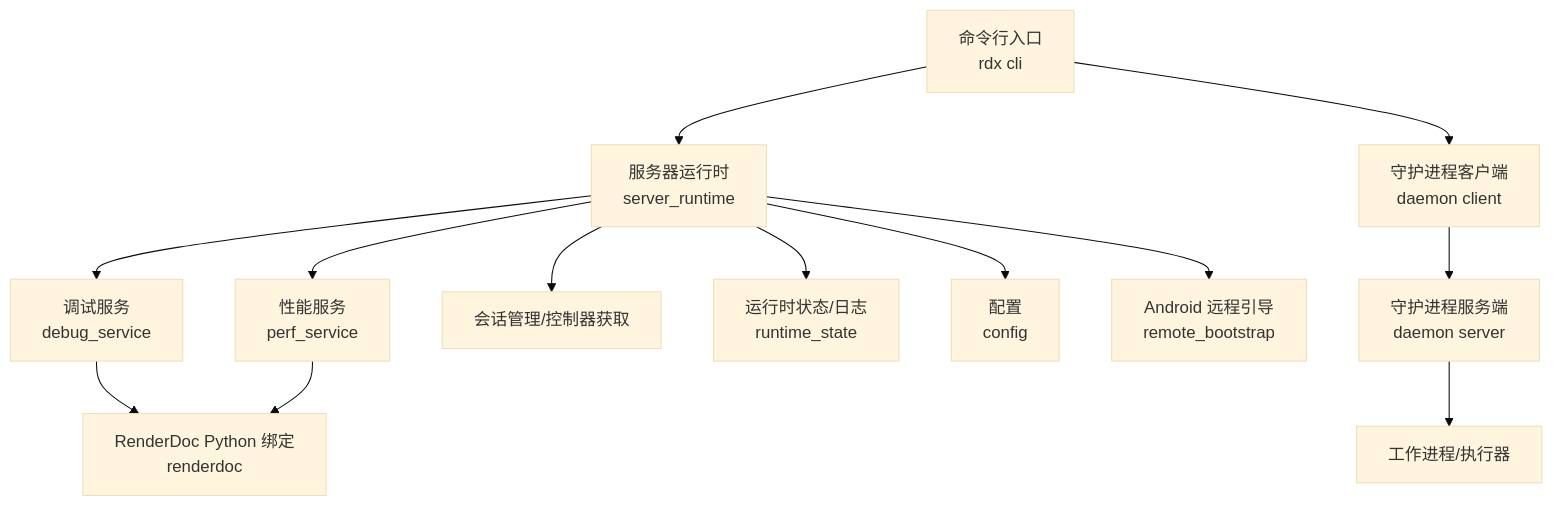
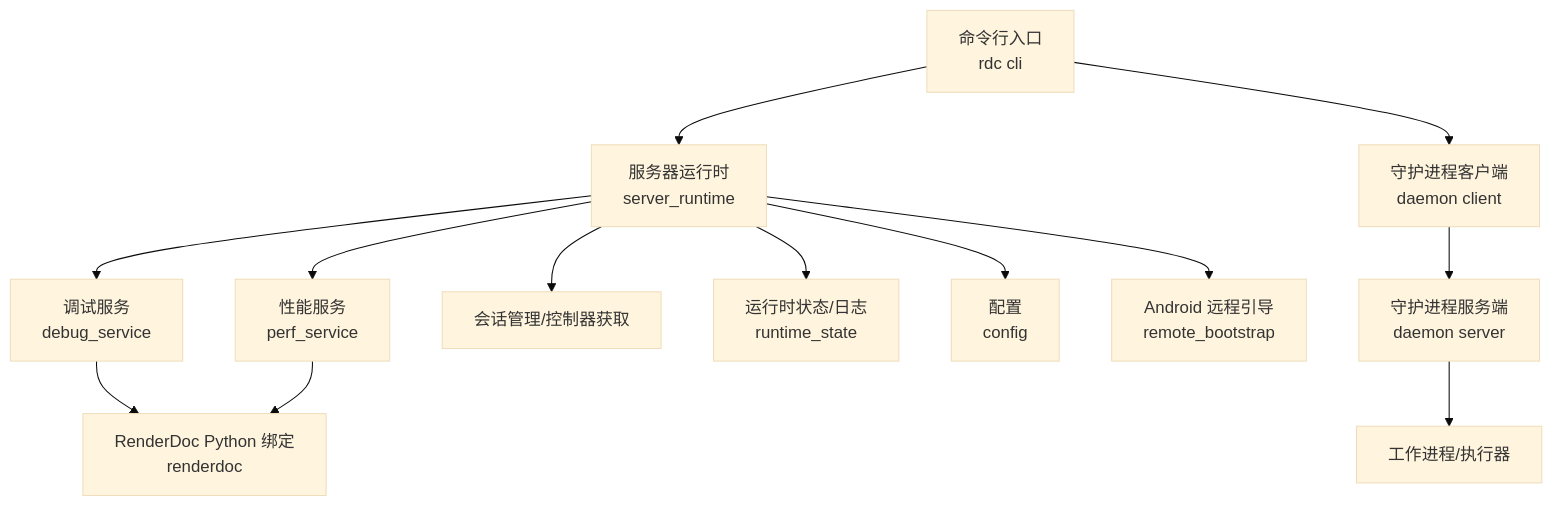
Before and after one commit to haolange/RDC-Tool: the first of 6 diagrams in .qoder/repowiki/zh/content/开发指南/调试指南.md, drawn with Mermaid (base theme). The commit also changed other lines of this file and 388 other files, not shown here.

````diff
--- a/.qoder/repowiki/zh/content/开发指南/调试指南.md
+++ b/.qoder/repowiki/zh/content/开发指南/调试指南.md
@@ -35,15 +35,15 @@
 ```mermaid
 graph TB
-CLI["命令行入口<br/>rdx cli"] --> SR["服务器运行时<br/>server_runtime"]
+CLI["命令行入口<br/>rdc cli"] --> SR["服务器运行时<br/>server_runtime"]
 SR --> DS["调试服务<br/>debug_service"]
 SR --> PS["性能服务<br/>perf_service"]
 SR --> SM["会话管理/控制器获取"]
 DS --> RD["RenderDoc Python 绑定<br/>renderdoc"]
 PS --> RD
 SR --> RS["运行时状态/日志<br/>runtime_state"]
 SR --> CFG["配置<br/>config"]
 CLI --> DC["守护进程客户端<br/>daemon client"]
 DC --> DN["守护进程服务端<br/>daemon server"]
 DN --> WRK["工作进程/执行器"]
 SR --> RB["Android 远程引导<br/>remote_bootstrap"]
 ```
````
